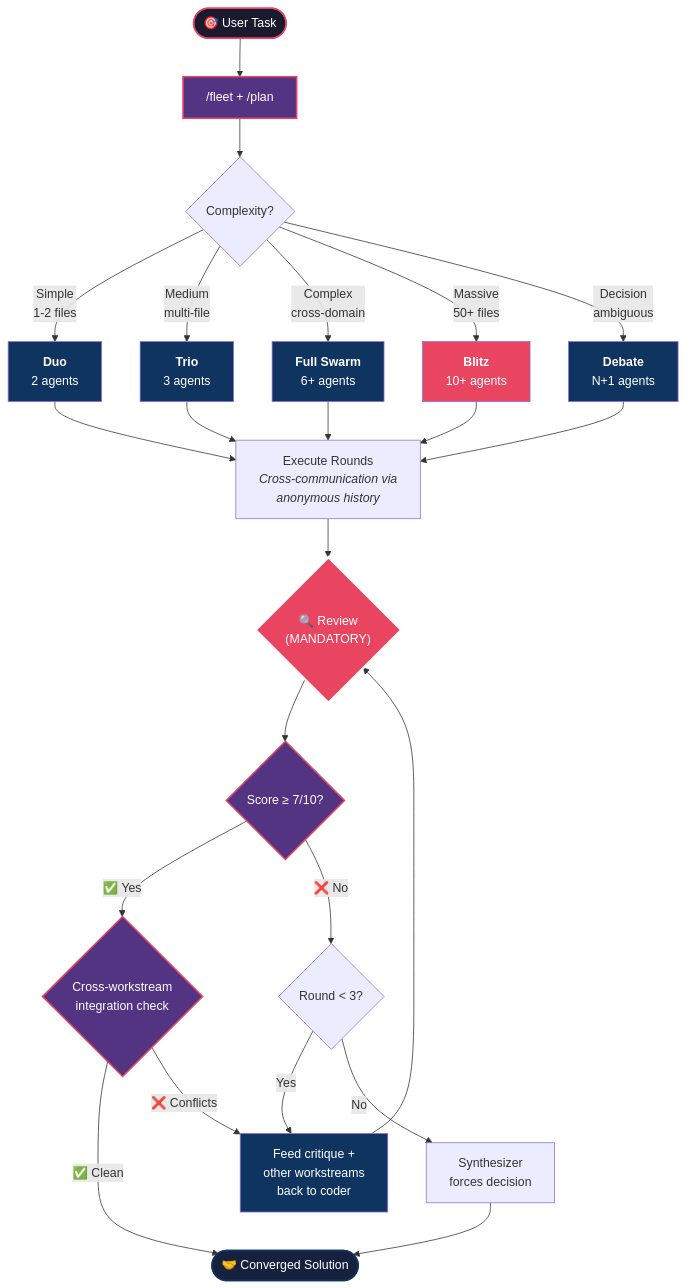
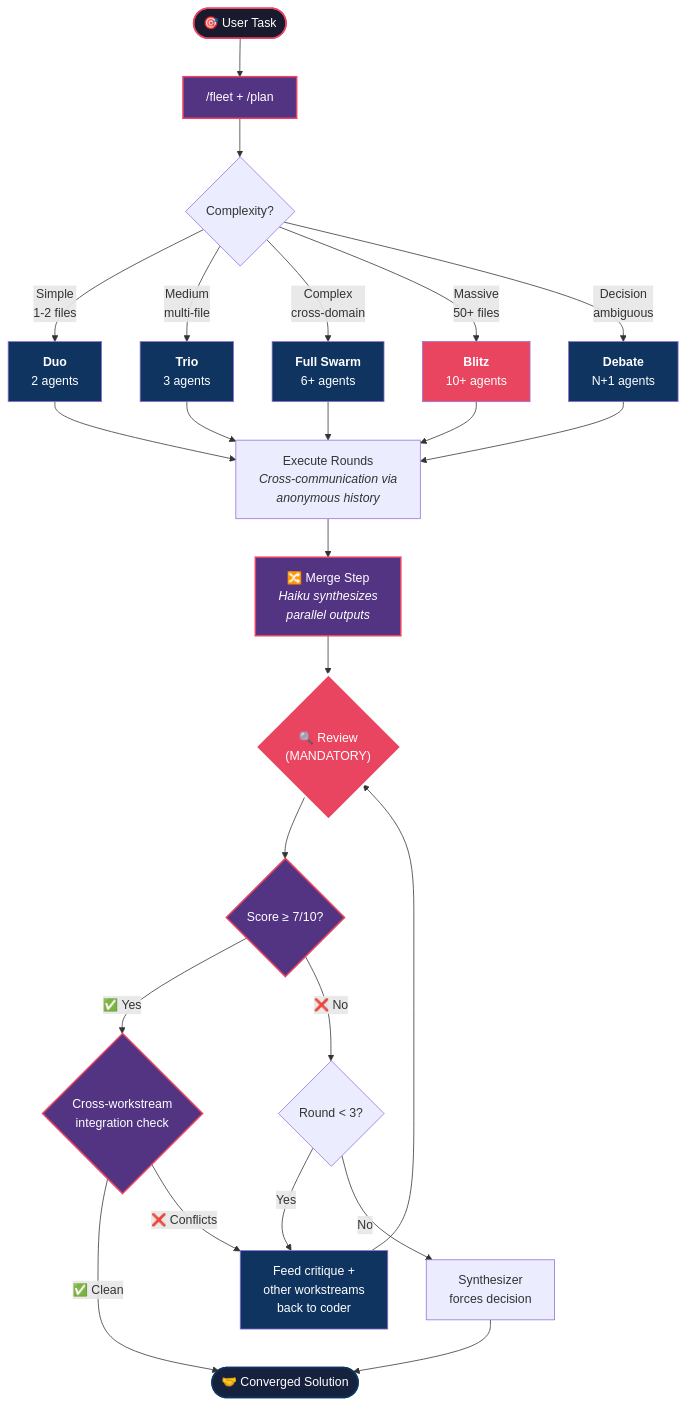
The second of 7 diagrams in README.md (schwarztim/open-swarm), drawn with Mermaid before and after one commit. The commit also changed other lines of this file, not shown here.

First line of the commit message:
docs: Update README for v5.1 Merge Protocol

````diff
--- a/README.md
+++ b/README.md
@@ -100,41 +100,43 @@
 ```mermaid
 flowchart TD
     START([🎯 User Task]) --> PREFLIGHT["/fleet + /plan"]
     PREFLIGHT --> TIER{Complexity?}
     
     TIER -->|"Simple<br/>1-2 files"| DUO["<b>Duo</b><br/>2 agents"]
     TIER -->|"Medium<br/>multi-file"| TRIO["<b>Trio</b><br/>3 agents"]
     TIER -->|"Complex<br/>cross-domain"| FULL["<b>Full Swarm</b><br/>6+ agents"]
     TIER -->|"Massive<br/>50+ files"| BLITZ["<b>Blitz</b><br/>10+ agents"]
     TIER -->|"Decision<br/>ambiguous"| DEBATE["<b>Debate</b><br/>N+1 agents"]
     
     DUO --> EXECUTE
     TRIO --> EXECUTE
     FULL --> EXECUTE
     BLITZ --> EXECUTE
     DEBATE --> EXECUTE
     
-    EXECUTE["Execute Rounds<br/><i>Cross-communication via<br/>anonymous history</i>"] --> REVIEW{"🔍 Review<br/>(MANDATORY)"}
+    EXECUTE["Execute Rounds<br/><i>Cross-communication via<br/>anonymous history</i>"] --> MERGE["🔀 Merge Step<br/><i>Haiku synthesizes<br/>parallel outputs</i>"]
+    MERGE --> REVIEW{"🔍 Review<br/>(MANDATORY)"}
+    style MERGE fill:#533483,stroke:#e94560,stroke-width:2px,color:#fff
     REVIEW --> SCORE{"Score ≥ 7/10?"}
     SCORE -->|"✅ Yes"| INTEGRATE{"Cross-workstream<br/>integration check"}
     SCORE -->|"❌ No"| ROUND{"Round < 3?"}
     ROUND -->|"Yes"| FEEDBACK["Feed critique +<br/>other workstreams<br/>back to coder"]
     FEEDBACK --> REVIEW
     ROUND -->|"No"| SYNTH["Synthesizer<br/>forces decision"]
     INTEGRATE -->|"✅ Clean"| CONVERGE([🤝 Converged Solution])
     INTEGRATE -->|"❌ Conflicts"| FEEDBACK
     SYNTH --> CONVERGE
 
     style START fill:#1a1a2e,stroke:#e94560,stroke-width:2px,color:#fff
     style PREFLIGHT fill:#533483,stroke:#e94560,stroke-width:2px,color:#fff
     style CONVERGE fill:#16213e,stroke:#0f3460,stroke-width:2px,color:#fff
     style SCORE fill:#533483,stroke:#e94560,stroke-width:2px,color:#fff
     style REVIEW fill:#e94560,stroke:#fff,stroke-width:3px,color:#fff
     style INTEGRATE fill:#533483,stroke:#e94560,stroke-width:2px,color:#fff
     style FEEDBACK fill:#0f3460,color:#fff
     style DUO fill:#0f3460,color:#fff
     style TRIO fill:#0f3460,color:#fff
     style FULL fill:#0f3460,color:#fff
     style BLITZ fill:#e94560,color:#fff
     style DEBATE fill:#0f3460,color:#fff
 ```
````
